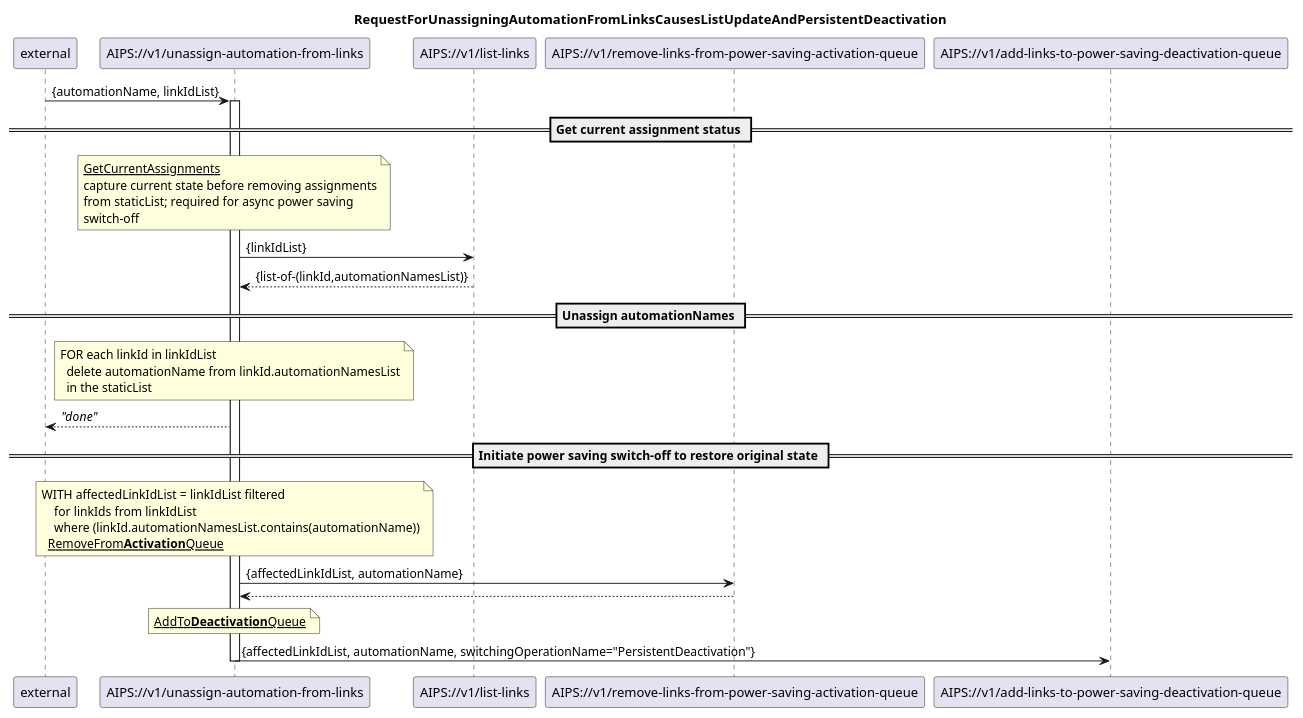
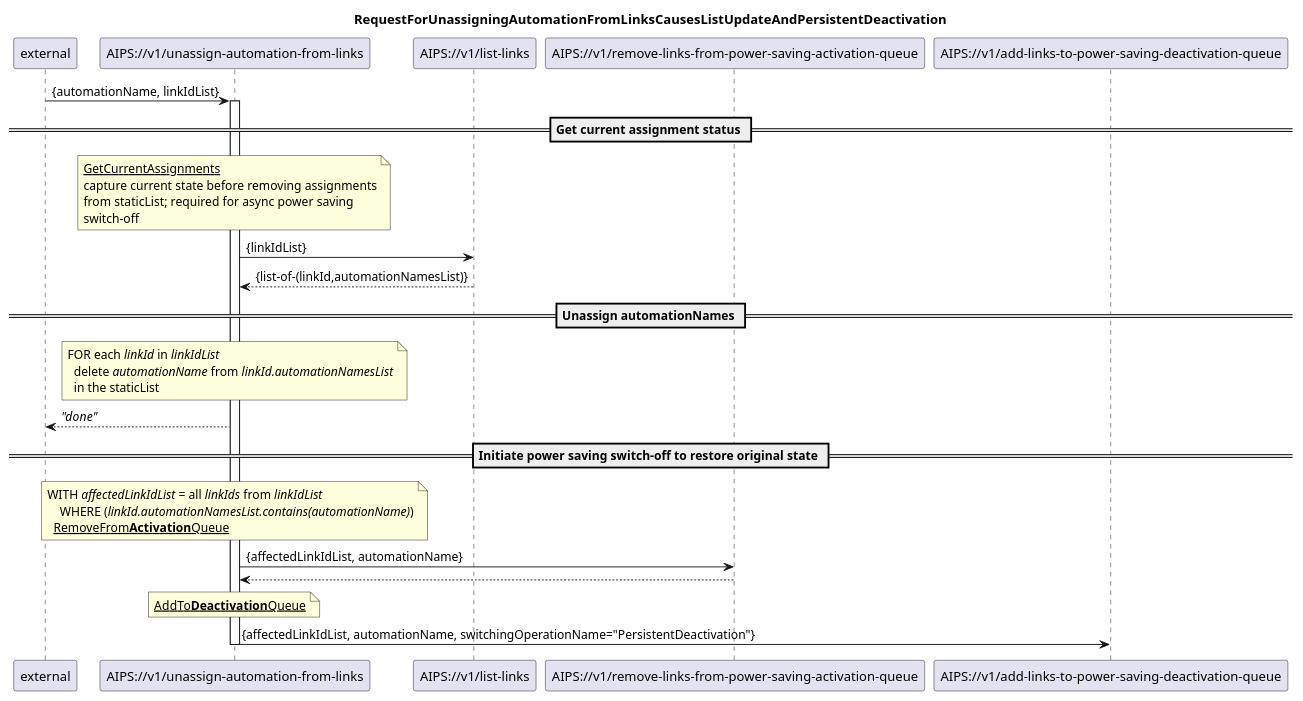
Before and after one commit to openBackhaul/AirInterfacePowerSaver: the diagram in spec/diagrams/01_AutomationManagement/b_complex services (initate restore)/103_unassignAutomationFromLinks.plantuml, drawn with PlantUML. The commit also changed 3 other files, not shown here.

Commit message:
Module 01 diagrams updated

```diff
--- a/spec/diagrams/01_AutomationManagement/b_complex services (initate restore)/103_unassignAutomationFromLinks.plantuml
+++ b/spec/diagrams/01_AutomationManagement/b_complex services (initate restore)/103_unassignAutomationFromLinks.plantuml
@@ -1,61 +1,59 @@
 @startuml 103_unassignAutomationFromLinks
 skinparam responseMessageBelowArrow true
 
 title
 RequestForUnassigningAutomationFromLinksCausesListUpdateAndPersistentDeactivation
 end title
 
 participant "external" as requestor
 participant "AIPS://v1/unassign-automation-from-links" as unassignAutomation
 participant "AIPS://v1/list-links" as listLinks
 participant "AIPS://v1/remove-links-from-power-saving-activation-queue" as stopSimpleActivation
 participant "AIPS://v1/add-links-to-power-saving-deactivation-queue" as startPersistentDeactivation
 
 
 requestor -> unassignAutomation: {automationName, linkIdList}
 activate unassignAutomation
 
 == Get current assignment status ==
 
 'get current assignments from staticList
 note over unassignAutomation
   <u>GetCurrentAssignments</u>
   capture current state before removing assignments
   from staticList; required for async power saving
   switch-off
 end note
 unassignAutomation -> listLinks: {linkIdList}
 listLinks --> unassignAutomation: {list-of-(linkId,automationNamesList)}
 
 == Unassign automationNames ==
 
 'update staticList by removing automationName for linkIdList links
 note over unassignAutomation
-  FOR each linkId in linkIdList
-    delete automationName from linkId.automationNamesList
+  FOR each <i>linkId</i> in <i>linkIdList</i>
+    delete <i>automationName</i> from <i>linkId.automationNamesList</i>
     in the staticList
 end note
 unassignAutomation --> requestor: <i>"done"</i>
 
 == Initiate power saving switch-off to restore original state ==
 
 'stop ongoing/planned power saving
 note over unassignAutomation
-  WITH affectedLinkIdList = linkIdList filtered
-      for linkIds from linkIdList
-      where (linkId.automationNamesList.contains(automationName))
+  WITH <i>affectedLinkIdList</i> = all <i>linkIds</i> from <i>linkIdList</i> 
+      WHERE (<i>linkId.automationNamesList.contains(automationName)</i>)
     <u>RemoveFrom<b>Activation</b>Queue</u>
 end note
 unassignAutomation -> stopSimpleActivation: {affectedLinkIdList, automationName}
 stopSimpleActivation --> unassignAutomation
 
 'initiate persistentDeactivation to turn power saving off
 note over unassignAutomation
   <u>AddTo<b>Deactivation</b>Queue</u>
 end note
 unassignAutomation -> startPersistentDeactivation: {affectedLinkIdList, automationName, switchingOperationName="PersistentDeactivation"}
 
 deactivate unassignAutomation
 
-
 @enduml
```
